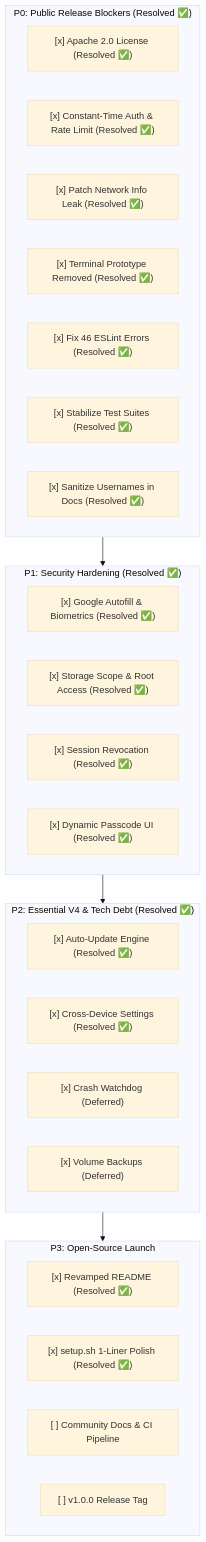
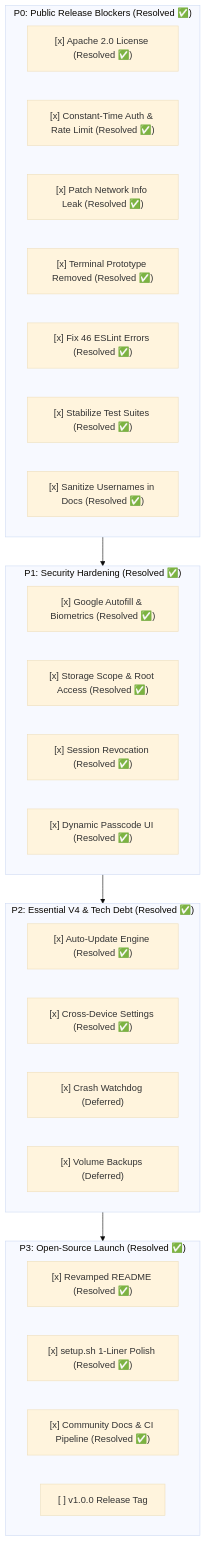
The diagram in docs/launch_changes.md (Cypher0071/Home_Cloud), drawn with Mermaid (base theme) before and after one commit. The commit also changed other lines of this file and 1 other file, not shown here.

Commit message:
ci(github-actions): add comprehensive CI pipeline and finalize P3 launch readiness scorecard

````diff
--- a/docs/launch_changes.md
+++ b/docs/launch_changes.md
@@ -409,37 +413,37 @@
 ```mermaid
 flowchart TD
     subgraph P0["P0: Public Release Blockers (Resolved ✅)"]
         L["[x] Apache 2.0 License (Resolved ✅)"]
         A["[x] Constant-Time Auth & Rate Limit (Resolved ✅)"]
         N["[x] Patch Network Info Leak (Resolved ✅)"]
         T["[x] Terminal Prototype Removed (Resolved ✅)"]
         E["[x] Fix 46 ESLint Errors (Resolved ✅)"]
         TS["[x] Stabilize Test Suites (Resolved ✅)"]
         S["[x] Sanitize Usernames in Docs (Resolved ✅)"]
     end
 
     subgraph P1["P1: Security Hardening (Resolved ✅)"]
         W["[x] Google Autofill & Biometrics (Resolved ✅)"]
         J["[x] Storage Scope & Root Access (Resolved ✅)"]
         R["[x] Session Revocation (Resolved ✅)"]
         P["[x] Dynamic Passcode UI (Resolved ✅)"]
     end
 
     subgraph P2["P2: Essential V4 & Tech Debt (Resolved ✅)"]
         AU["[x] Auto-Update Engine (Resolved ✅)"]
         SP["[x] Cross-Device Settings (Resolved ✅)"]
         CW["[x] Crash Watchdog (Deferred)"]
         BK["[x] Volume Backups (Deferred)"]
     end
 
-    subgraph P3["P3: Open-Source Launch"]
+    subgraph P3["P3: Open-Source Launch (Resolved ✅)"]
         RM["[x] Revamped README (Resolved ✅)"]
         ST["[x] setup.sh 1-Liner Polish (Resolved ✅)"]
-        GH["[ ] Community Docs & CI Pipeline"]
+        GH["[x] Community Docs & CI Pipeline (Resolved ✅)"]
         REL["[ ] v1.0.0 Release Tag"]
     end
 
     P0 --> P1
     P1 --> P2
     P2 --> P3
 ```
````
